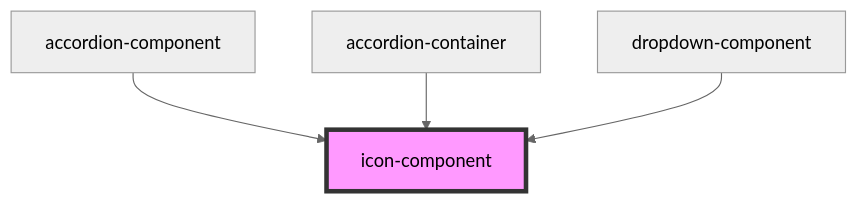
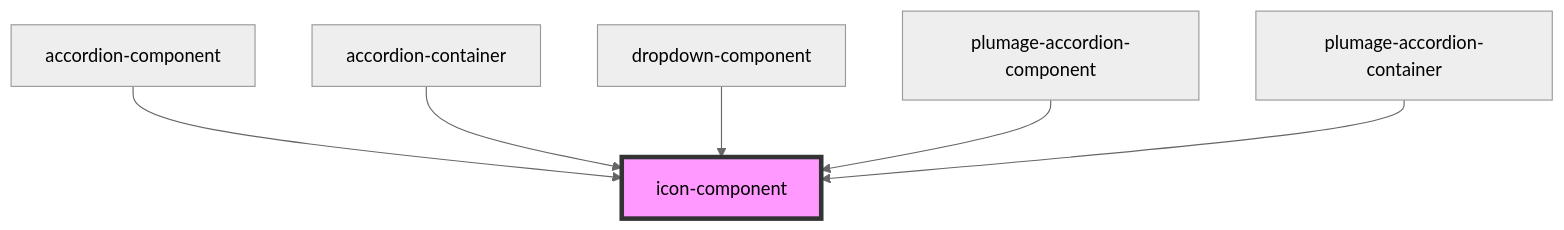
One commit to mdversion01/stencil-component-library changed the diagram in src/components/icon/readme.md. Above: the diagram before and after it, drawn with Mermaid (neutral theme). The commit also changed other lines of this file and 180 other files, not shown here.

````diff
--- a/src/components/icon/readme.md
+++ b/src/components/icon/readme.md
@@ -31,7 +33,9 @@
 ```mermaid
 graph TD;
   accordion-component --> icon-component
   accordion-container --> icon-component
   dropdown-component --> icon-component
+  plumage-accordion-component --> icon-component
+  plumage-accordion-container --> icon-component
   style icon-component fill:#f9f,stroke:#333,stroke-width:4px
 ```
````
